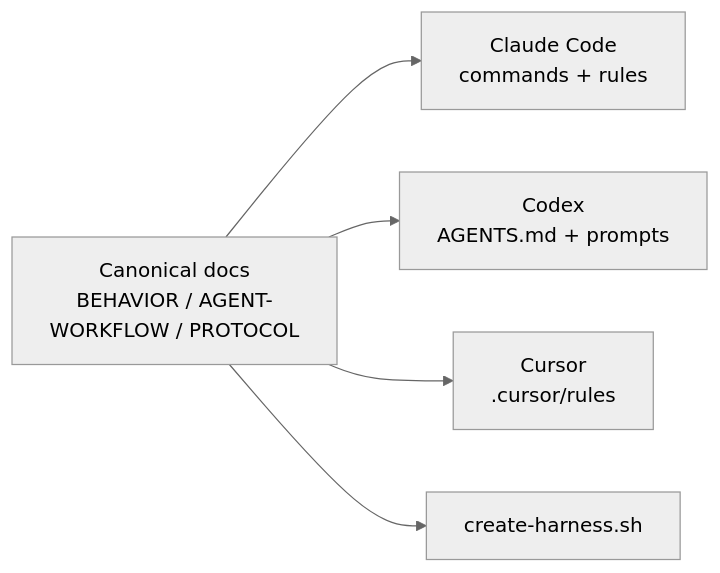
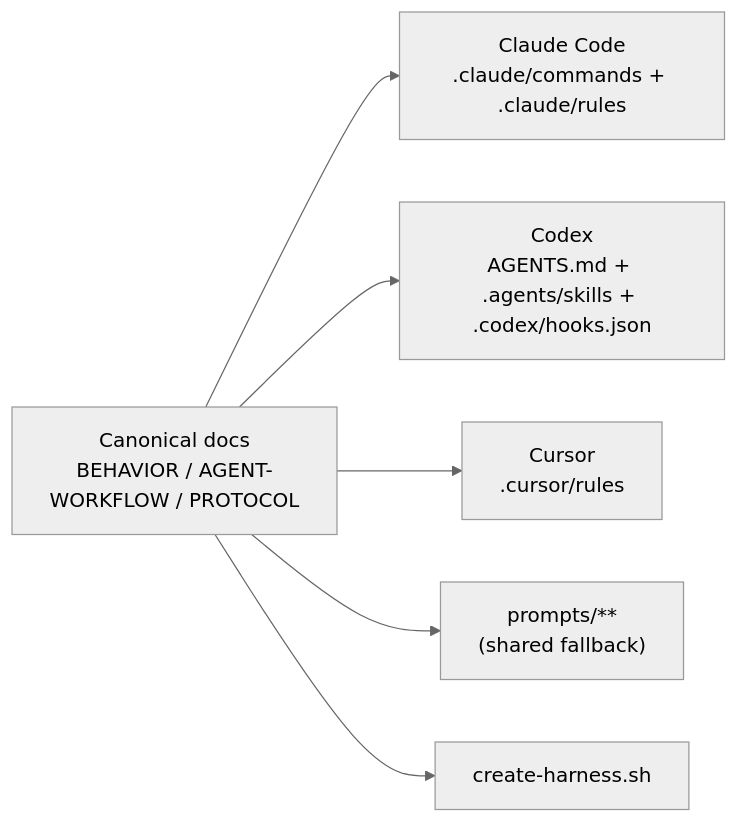
One commit to kyungseo/ai-workflow-harness changed the fourth of 5 diagrams in docs/HARNESS-STRUCTURE.md. Above: the diagram before and after it, drawn with Mermaid (neutral theme). The commit also changed other lines of this file and 6 other files, not shown here.

````diff
--- a/docs/HARNESS-STRUCTURE.md
+++ b/docs/HARNESS-STRUCTURE.md
@@ -115,13 +118,15 @@
 ```mermaid
 graph LR
     CANON["Canonical docs\nBEHAVIOR / AGENT-WORKFLOW / PROTOCOL"]
-    CLAUDE["Claude Code\ncommands + rules"]
-    CODEX["Codex\nAGENTS.md + prompts"]
+    CLAUDE["Claude Code\n.claude/commands + .claude/rules"]
+    CODEX["Codex\nAGENTS.md + .agents/skills + .codex/hooks.json"]
     CURSOR["Cursor\n.cursor/rules"]
+    PROMPTS["prompts/**\n(shared fallback)"]
     SCAFFOLD["create-harness.sh"]
 
     CANON --> CLAUDE
     CANON --> CODEX
     CANON --> CURSOR
+    CANON --> PROMPTS
     CANON --> SCAFFOLD
 ```
````
